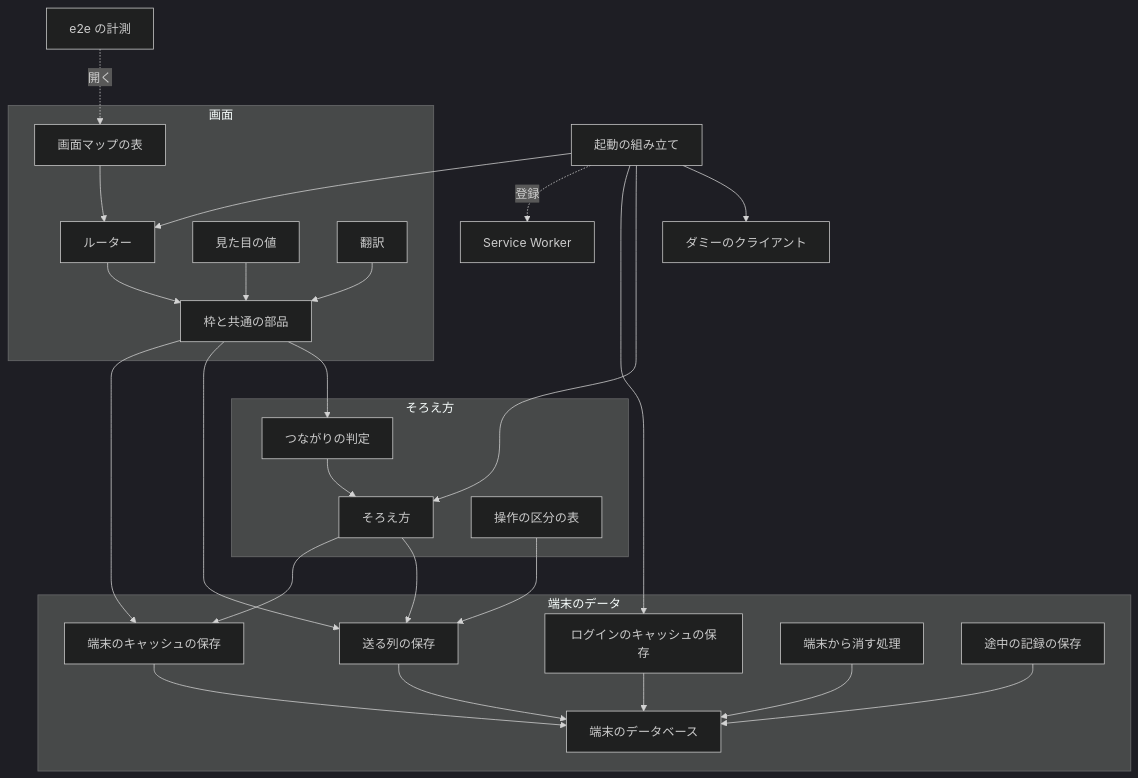
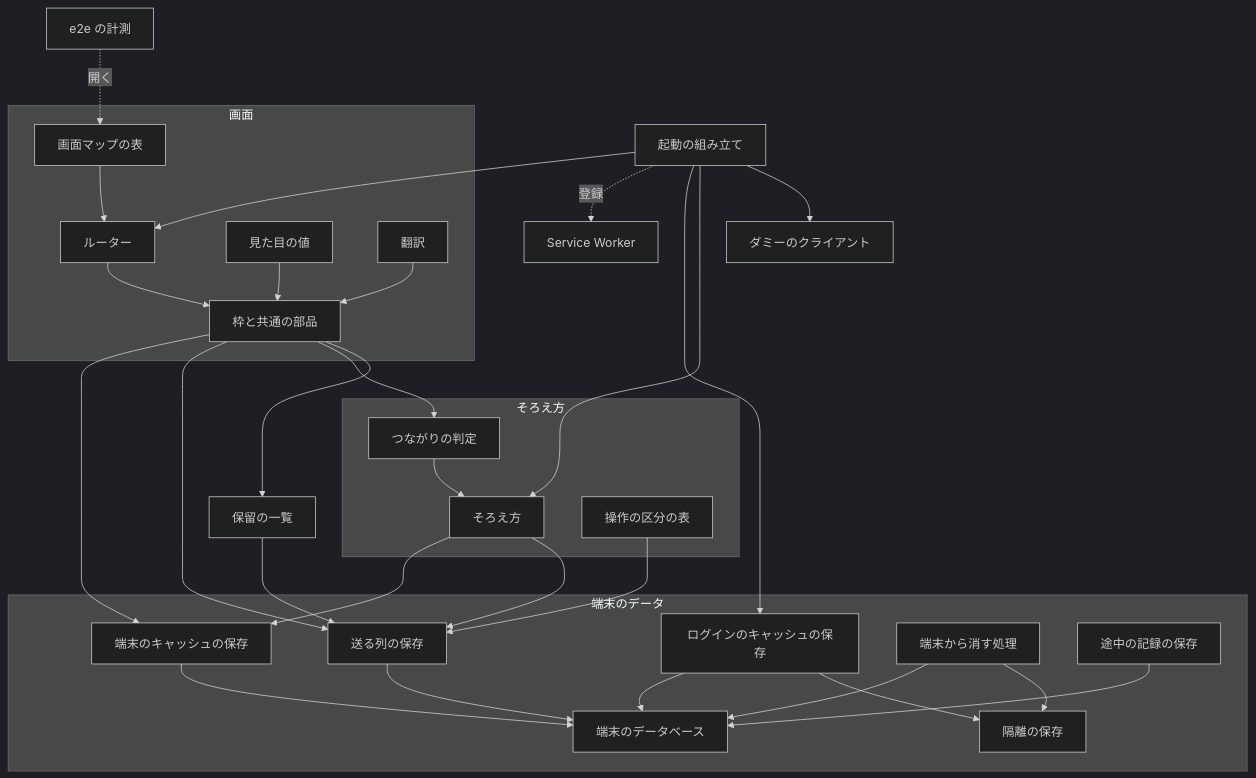
Before and after one commit to devbasex/nd-factory: the third of 5 diagrams in issues/issue-12-design.md, drawn with Mermaid (dark theme). The commit also changed other lines of this file and 5 other files, not shown here.

````diff
--- a/issues/issue-12-design.md
+++ b/issues/issue-12-design.md
@@ -193,31 +200,35 @@
 ```mermaid
 graph TD
   CO["起動の組み立て"] -.登録.-> SW["Service Worker"]
   subgraph view["画面"]
     TB["画面マップの表"] --> RO["ルーター"] --> FR["枠と共通の部品"]
     TK["見た目の値"] --> FR
     TR["翻訳"] --> FR
   end
   subgraph device["端末のデータ"]
     DB["端末のデータベース"]
     CA["端末のキャッシュの保存"] --> DB
     OQ["送る列の保存"] --> DB
     LS["ログインのキャッシュの保存"] --> DB
     ER["端末から消す処理"] --> DB
+    ER --> QS["隔離の保存"]
+    LS --> QS
     PS["途中の記録の保存"] --> DB
   end
   subgraph syncg["そろえ方"]
     NET["つながりの判定"] --> SYN["そろえ方"]
     CLS["操作の区分の表"] --> OQ
   end
   CO --> RO
   CO --> LS
   CO --> SYN
   CO --> DUM["ダミーのクライアント"]
   SYN --> CA
   SYN --> OQ
   FR --> CA
   FR --> OQ
   FR --> NET
+  HL["保留の一覧"] --> OQ
+  FR --> HL
   ME["e2e の計測"] -.開く.-> TB
 ```
````
